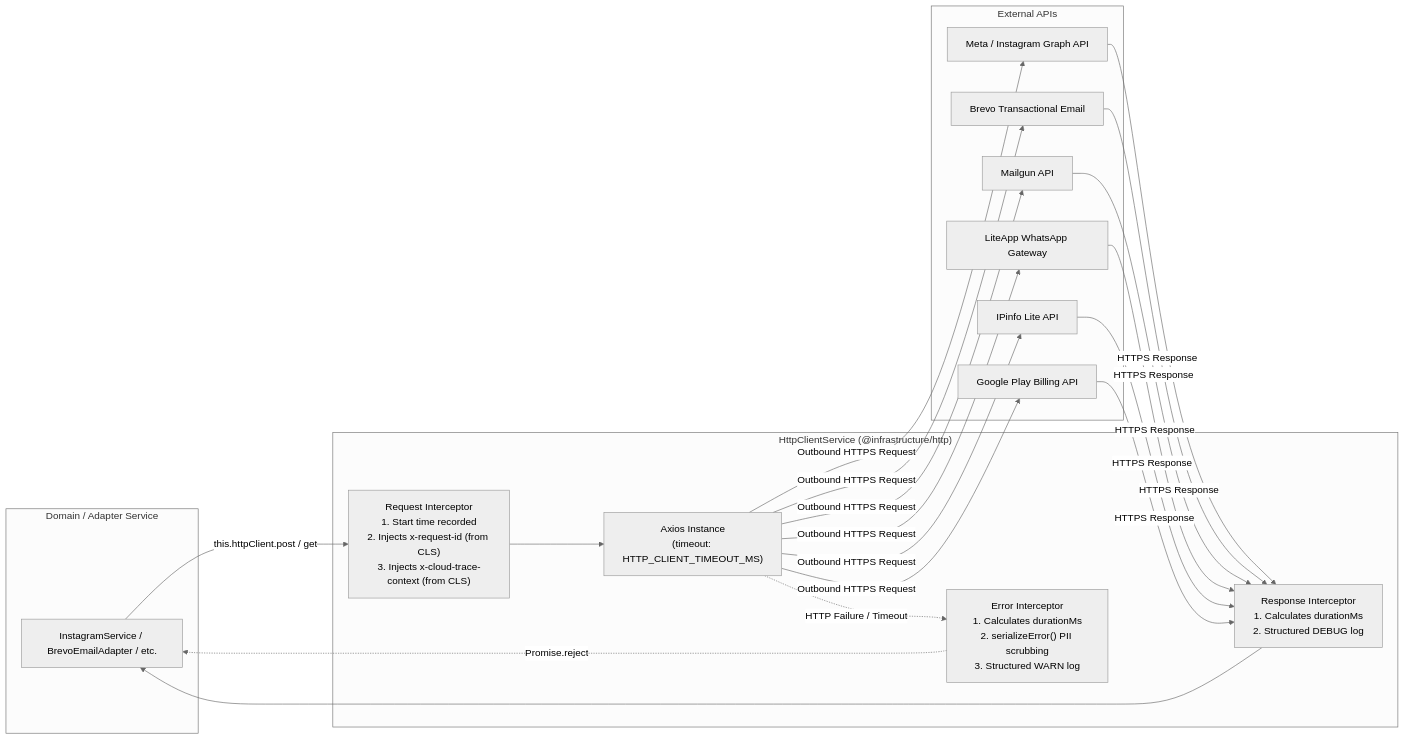
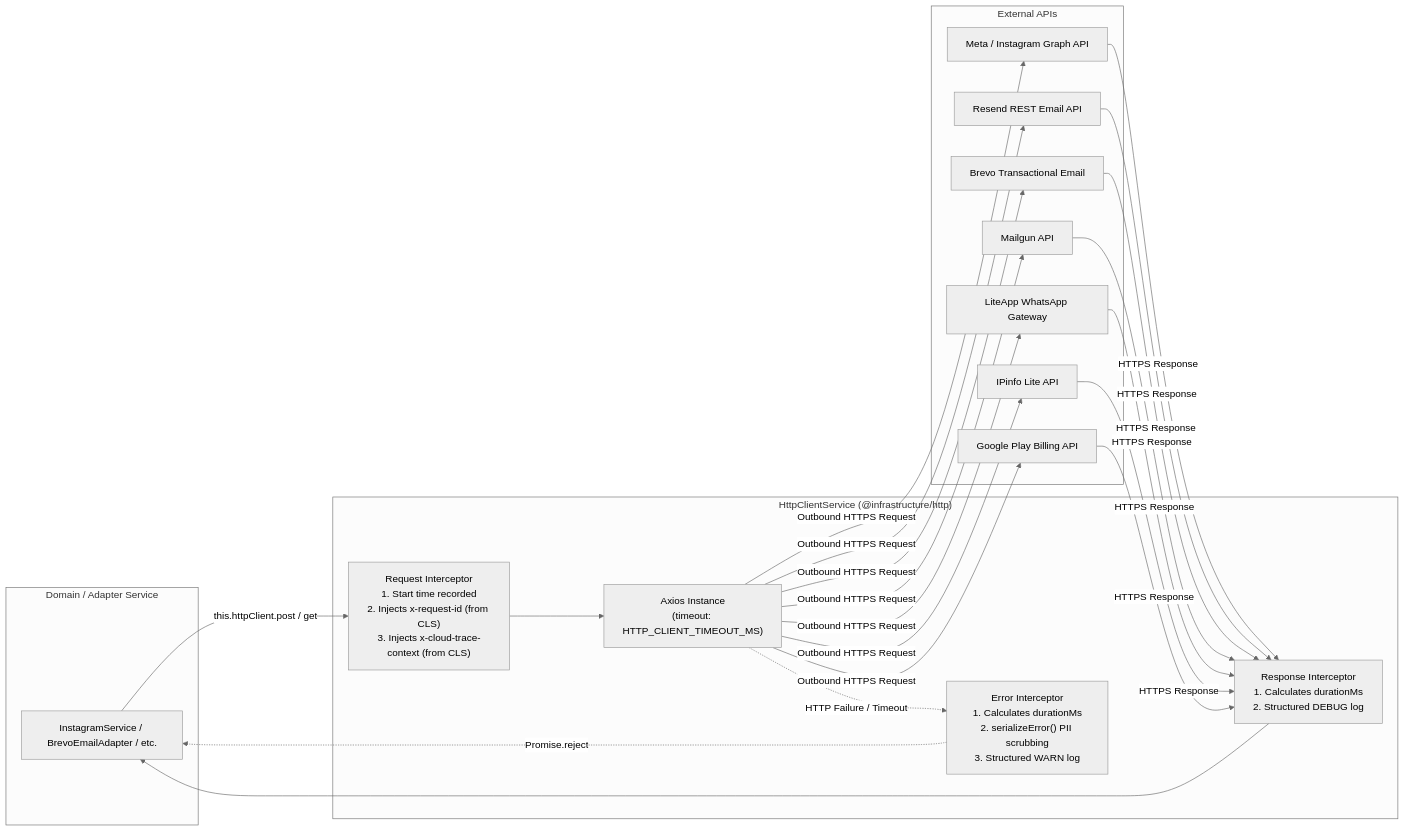
One commit to SaveSoulApp/Breathaway-Backend changed the diagram in docs/docs/architecture/http-client.md. Above: the diagram before and after it, drawn with Mermaid (neutral theme). The commit also changed 5 other files, not shown here.

````diff
--- a/docs/docs/architecture/http-client.md
+++ b/docs/docs/architecture/http-client.md
@@ -26,30 +26,31 @@
 ```mermaid
 flowchart LR
     subgraph Caller["Domain / Adapter Service"]
         SVC["InstagramService / BrevoEmailAdapter / etc."]
     end
 
     subgraph HTTP_Client["HttpClientService (@infrastructure/http)"]
         INTER_REQ["Request Interceptor<br/>1. Start time recorded<br/>2. Injects x-request-id (from CLS)<br/>3. Injects x-cloud-trace-context (from CLS)"]
         AXIOS["Axios Instance<br/>(timeout: HTTP_CLIENT_TIMEOUT_MS)"]
         INTER_RES["Response Interceptor<br/>1. Calculates durationMs<br/>2. Structured DEBUG log"]
         INTER_ERR["Error Interceptor<br/>1. Calculates durationMs<br/>2. serializeError() PII scrubbing<br/>3. Structured WARN log"]
     end
 
     subgraph External["External APIs"]
         META["Meta / Instagram Graph API"]
+        RESEND["Resend REST Email API"]
         BREVO["Brevo Transactional Email"]
         MAILGUN["Mailgun API"]
         LITEAPP["LiteApp WhatsApp Gateway"]
         IPINFO["IPinfo Lite API"]
         GOOGLE["Google Play Billing API"]
     end
 
     SVC -->|this.httpClient.post / get| INTER_REQ
     INTER_REQ --> AXIOS
-    AXIOS -->|Outbound HTTPS Request| META & BREVO & MAILGUN & LITEAPP & IPINFO & GOOGLE
-    META & BREVO & MAILGUN & LITEAPP & IPINFO & GOOGLE -->|HTTPS Response| INTER_RES
+    AXIOS -->|Outbound HTTPS Request| META & RESEND & BREVO & MAILGUN & LITEAPP & IPINFO & GOOGLE
+    META & RESEND & BREVO & MAILGUN & LITEAPP & IPINFO & GOOGLE -->|HTTPS Response| INTER_RES
     INTER_RES --> SVC
     AXIOS -.->|HTTP Failure / Timeout| INTER_ERR
     INTER_ERR -.->|Promise.reject| SVC
 ```
````
